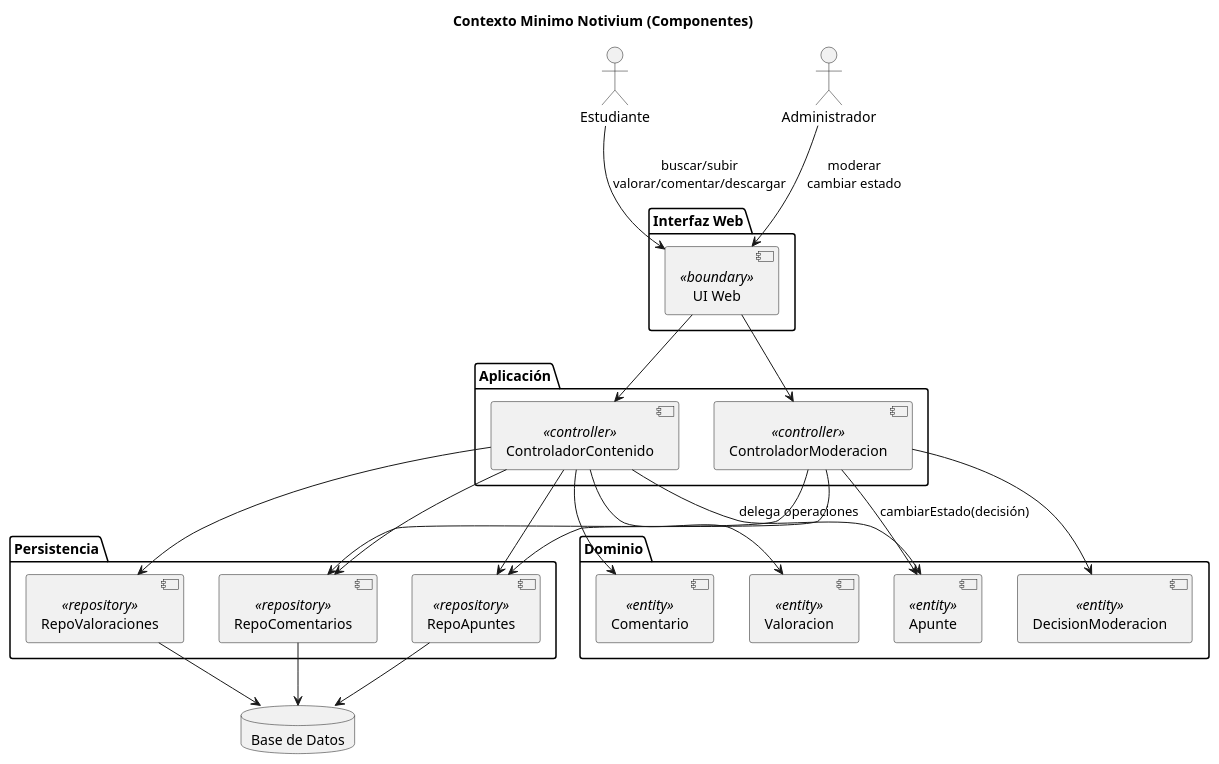
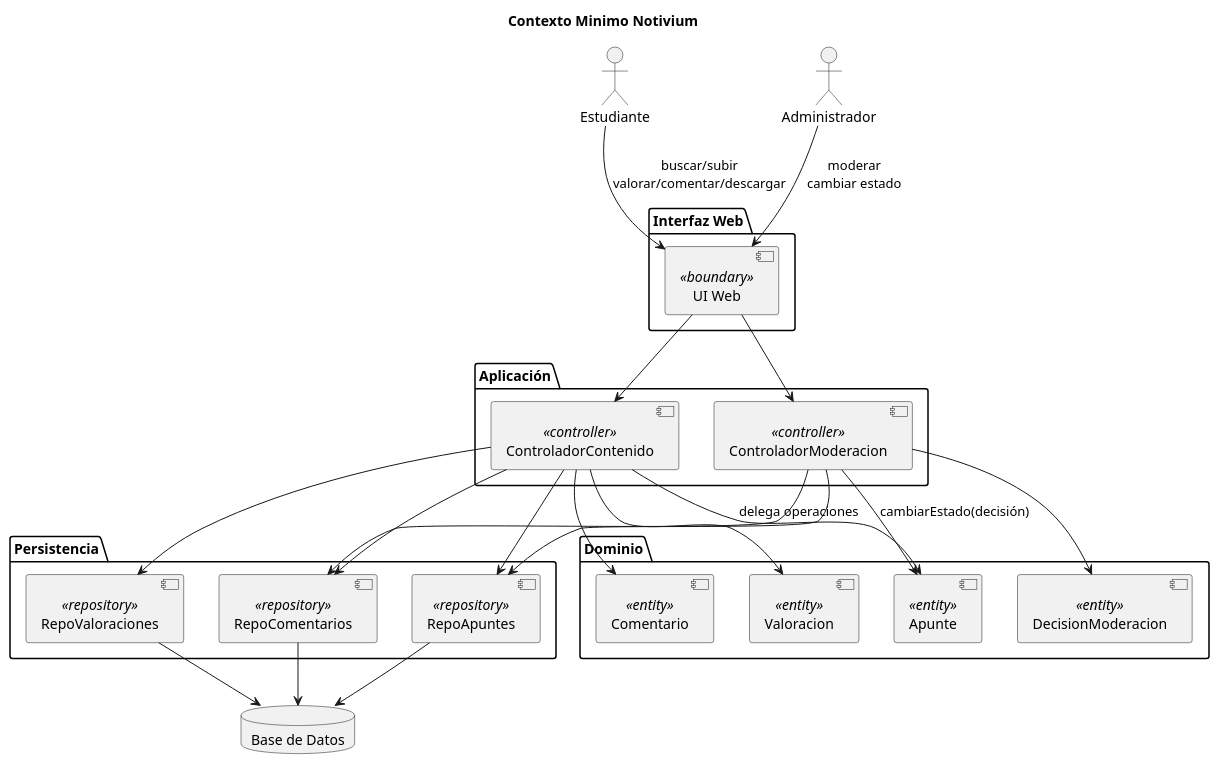
Before and after one commit to tomaspobb/ING_SOFTWARE: the diagram in DIAGRAMAS/MINICOMPONENTES.puml, drawn with PlantUML. The commit also changed 16 other files, not shown here.

```diff
--- a/DIAGRAMAS/MINICOMPONENTES.puml
+++ b/DIAGRAMAS/MINICOMPONENTES.puml
@@ -1,56 +1,56 @@
 @startuml
-title Contexto Minimo Notivium (Componentes)
+title Contexto Minimo Notivium
 
 actor Estudiante as E
 actor Administrador as A
 
 package "Interfaz Web" {
   [UI Web] <<boundary>>
 }
 
 package "Aplicación" {
   [ControladorContenido] <<controller>>
   [ControladorModeracion] <<controller>>
 }
 
 package "Persistencia" {
   [RepoApuntes] <<repository>>
   [RepoComentarios] <<repository>>
   [RepoValoraciones] <<repository>>
 }
 
 database "Base de Datos" as DB
 
 package "Dominio" {
   [Apunte] <<entity>>
   [Comentario] <<entity>>
   [Valoracion] <<entity>>
   [DecisionModeracion] <<entity>>
 }
 
 ' Interacciones principales
 E --> [UI Web] : buscar/subir\nvalorar/comentar/descargar
 A --> [UI Web] : moderar\ncambiar estado
 
 [UI Web] --> [ControladorContenido]
 [UI Web] --> [ControladorModeracion]
 
 [ControladorContenido] --> [RepoApuntes]
 [ControladorContenido] --> [RepoComentarios]
 [ControladorContenido] --> [RepoValoraciones]
 
 [ControladorModeracion] --> [RepoApuntes]
 [ControladorModeracion] --> [RepoComentarios]
 
 [RepoApuntes] --> DB
 [RepoComentarios] --> DB
 [RepoValoraciones] --> DB
 
 ' Lógica experta en el dominio
 [ControladorContenido] --> [Apunte] : delega operaciones
 [ControladorContenido] --> [Comentario]
 [ControladorContenido] --> [Valoracion]
 [ControladorModeracion] --> [DecisionModeracion]
 [ControladorModeracion] --> [Apunte] : cambiarEstado(decisión)
 
 @enduml
```
